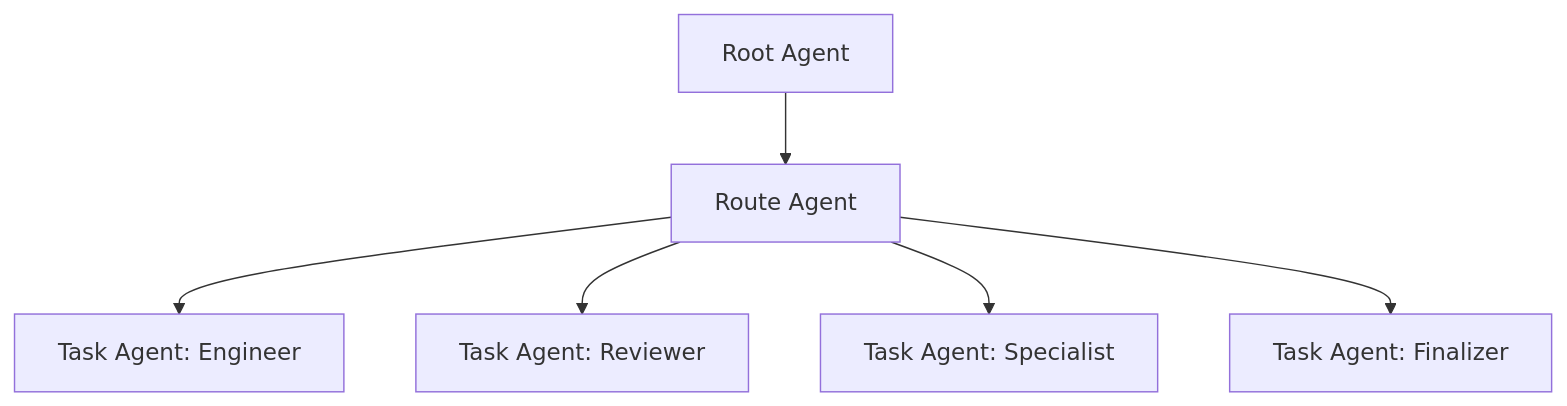
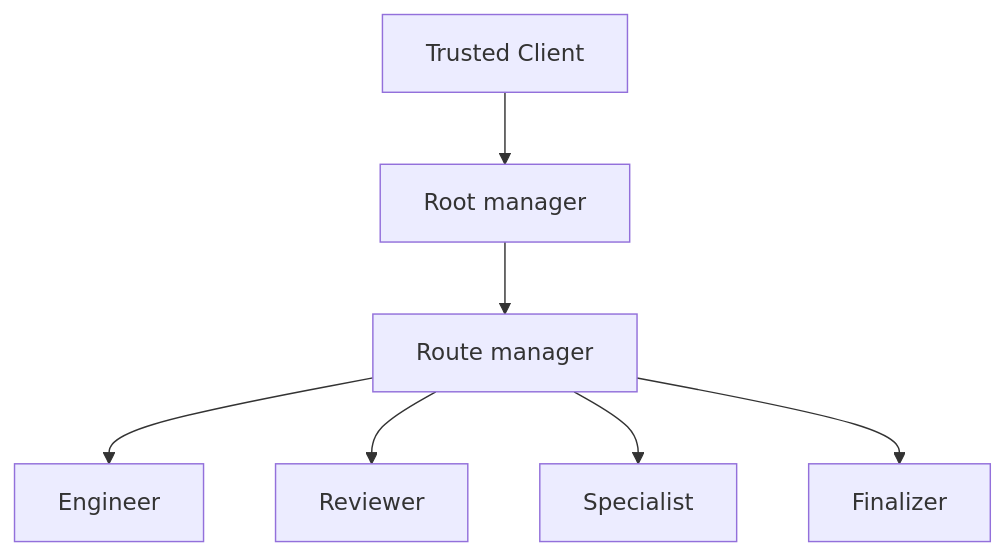
Before and after one commit to D1ChangGeng/Agent-collaboration: the first of 3 diagrams in README.md, drawn with Mermaid. The commit also changed other lines of this file and 6 other files, not shown here.

````diff
--- a/README.md
+++ b/README.md
@@ -141,8 +141,9 @@
 ```mermaid
 flowchart TB
-    R[Root Agent] --> D[Route Agent]
-    D --> E[Task Agent: Engineer]
-    D --> V[Task Agent: Reviewer]
-    D --> S[Task Agent: Specialist]
-    D --> F[Task Agent: Finalizer]
+    C[Trusted Client] --> R[Root manager]
+    R --> D[Route manager]
+    D --> E[Engineer]
+    D --> V[Reviewer]
+    D --> S[Specialist]
+    D --> F[Finalizer]
 ```
````
